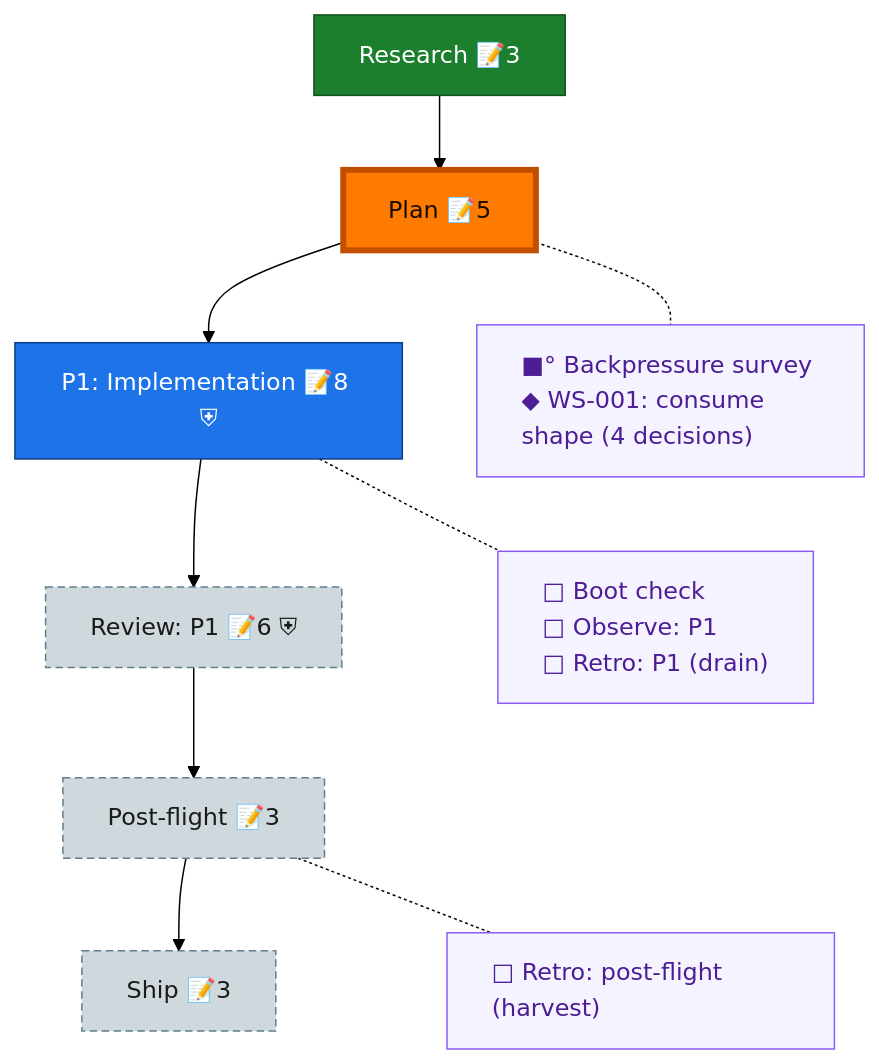
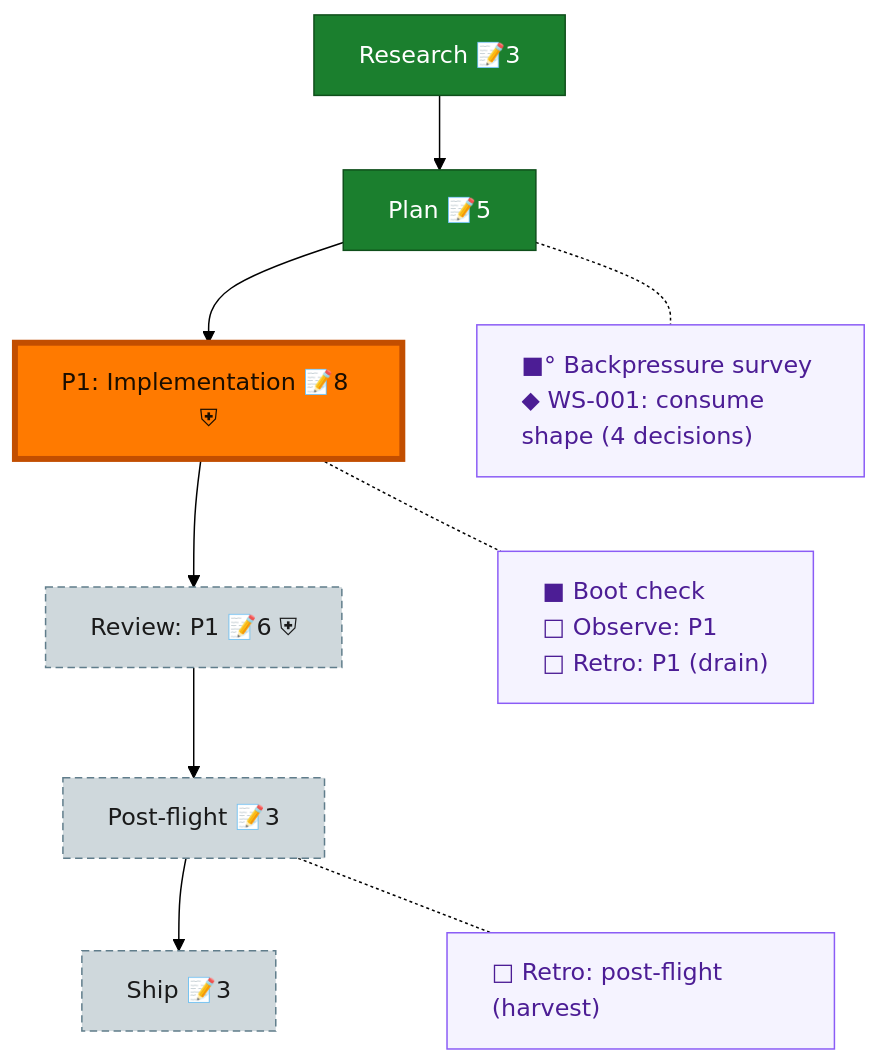
Before and after one commit to AI-Substrate/harness-engineering: the diagram in docs/plans/080-dd-consume-upgrade/the-flow.md, drawn with Mermaid (forest theme). The commit also changed other lines of this file and 6 other files, not shown here.

````diff
--- a/docs/plans/080-dd-consume-upgrade/the-flow.md
+++ b/docs/plans/080-dd-consume-upgrade/the-flow.md
@@ -8,30 +8,30 @@
 ```mermaid
 flowchart TD
     research["Research 📝3"]:::done
     plan["Plan 📝5"]:::done
-    phase_1["P1: Implementation 📝8 ⛨"]:::known
+    phase_1["P1: Implementation 📝8 ⛨"]:::wip
     review_1["Review: P1 📝6 ⛨"]:::assumed
     post_flight["Post-flight 📝3"]:::assumed
     ship["Ship 📝3"]:::assumed
 
     research --> plan --> phase_1 --> review_1 --> post_flight --> ship
 
     planC["■° Backpressure survey<br/>◆ WS-001: consume shape (4 decisions)"]:::chore
-    phase_1C["□ Boot check<br/>□ Observe: P1<br/>□ Retro: P1 (drain)"]:::chore
+    phase_1C["■ Boot check<br/>□ Observe: P1<br/>□ Retro: P1 (drain)"]:::chore
     post_flightC["□ Retro: post-flight (harvest)"]:::chore
 
     %% invisible chain holds the gutter boxes in their own column
     planC ~~~ phase_1C ~~~ post_flightC
 
     %% dotted links pull each gutter box beside its node
     plan -.- planC
     phase_1 -.- phase_1C
     post_flight -.- post_flightC
 
     classDef done fill:#1B7F2E,stroke:#0F4F1B,color:#fff;
-    classDef known fill:#1E73E8,stroke:#0D3F86,color:#fff;
+    classDef wip fill:#43C04A,stroke:#1B7F2E,color:#04210A;
     classDef assumed fill:#CFD8DC,stroke:#607D8B,color:#1a1a1a,stroke-dasharray:5 3;
     classDef chore fill:#f5f3ff,stroke:#8b5cf6,color:#4c1d95,text-align:left;
     classDef current fill:#FF7A00,stroke:#C24E00,color:#1a0e00,stroke-width:4px;
-    class plan current;
+    class phase_1 current;
 ```
````
